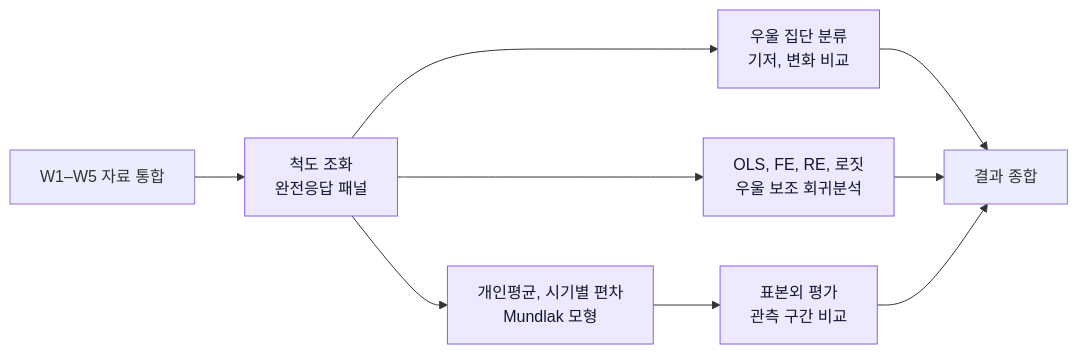
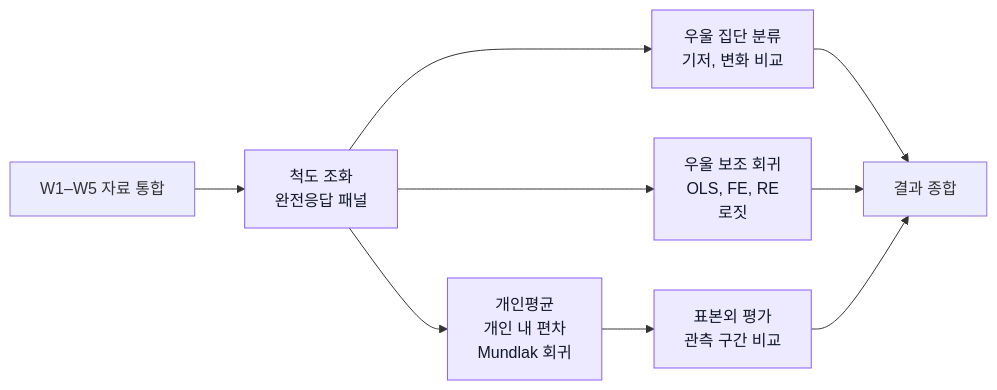
One commit to lcsvvo/KYHPS-Anxiety-Longitudinal changed the diagram in README.md. Above: the diagram before and after it, drawn with Mermaid.

Commit message:
docs: shorten workflow labels to keep words intact

````diff
--- a/README.md
+++ b/README.md
@@ -55,13 +55,13 @@
 ```mermaid
 flowchart LR
     A["W1–W5 자료 통합"] --> B["척도 조화<br/>완전응답 패널"]
-    B --> C["개인평균, 시기별 편차<br/>Mundlak 모형"]
+    B --> C["개인평균<br/>개인 내 편차<br/>Mundlak 회귀"]
     B --> D["우울 집단 분류<br/>기저, 변화 비교"]
-    B --> R["OLS, FE, RE, 로짓<br/>우울 보조 회귀분석"]
+    B --> R["우울 보조 회귀<br/>OLS, FE, RE<br/>로짓"]
     C --> E["표본외 평가<br/>관측 구간 비교"]
     D --> F["결과 종합"]
     R --> F
     E --> F
     classDef step fill:#ede9fe,stroke:#8b5cf6,color:#111827;
     class B,C,D,E,R step;
 ```
````
